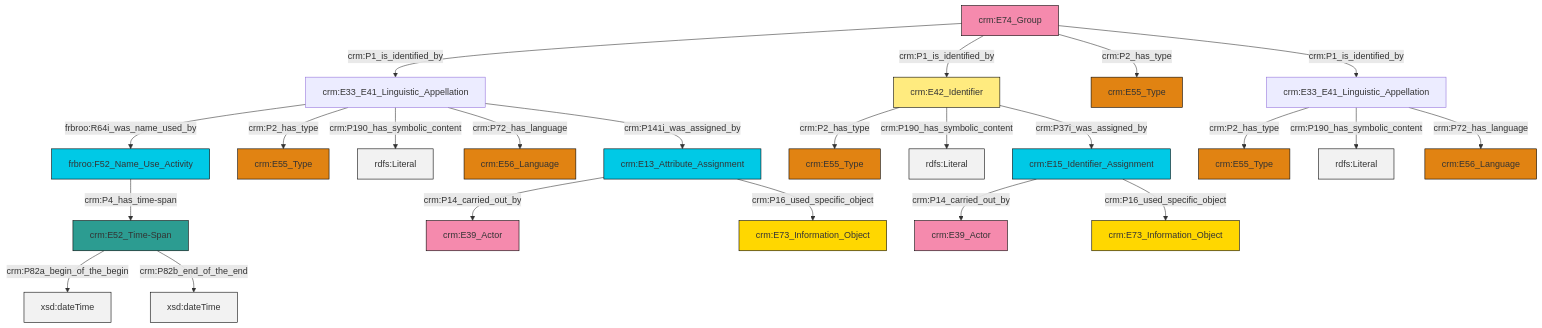
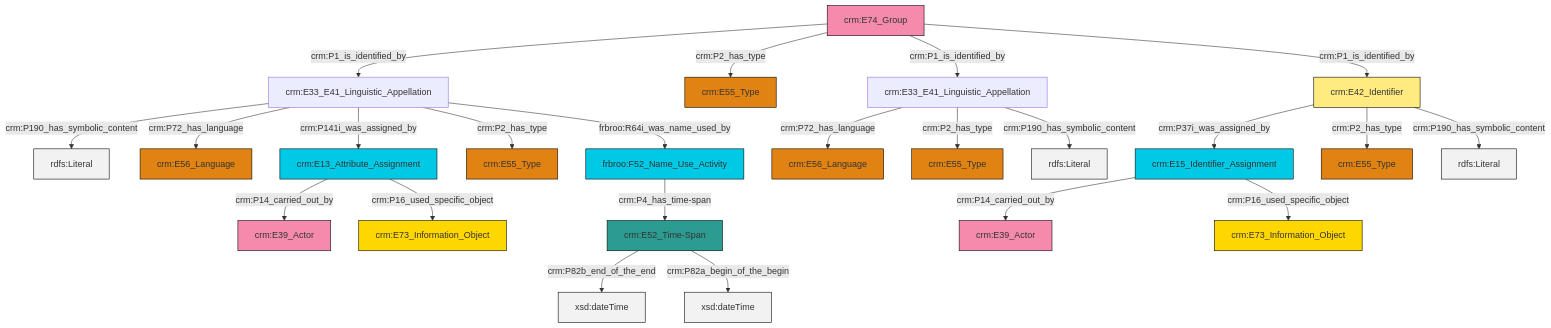
One commit to swiss-art-research-net/docs.swissartresearch changed the diagram in et/groupCSV/ttl/mmd/group_name.ttl.mmd. Above: the diagram before and after it, drawn with Mermaid. The commit also changed 174 other files, not shown here.

```diff
--- a/et/groupCSV/ttl/mmd/group_name.ttl.mmd
+++ b/et/groupCSV/ttl/mmd/group_name.ttl.mmd
@@ -1,37 +1,37 @@
 graph TD
 classDef Literal fill:#f2f2f2,stroke:#000000;
 classDef CRM_Entity fill:#FFFFFF,stroke:#000000;
 classDef Temporal_Entity fill:#00C9E6, stroke:#000000;
 classDef Type fill:#E18312, stroke:#000000;
 classDef Time-Span fill:#2C9C91, stroke:#000000;
 classDef Appellation fill:#FFEB7F, stroke:#000000;
 classDef Place fill:#008836, stroke:#000000;
 classDef Persistent_Item fill:#B266B2, stroke:#000000;
 classDef Conceptual_Object fill:#FFD700, stroke:#000000;
 classDef Physical_Thing fill:#D2B48C, stroke:#000000;
 classDef Actor fill:#f58aad, stroke:#000000;
 classDef PC_Classes fill:#4ce600, stroke:#000000;
 classDef Multi fill:#cccccc,stroke:#000000;
 
-4["crm:E74_Group"]:::Actor -->|crm:P1_is_identified_by| 5["crm:E33_E41_Linguistic_Appellation"]:::Default
-8["crm:E13_Attribute_Assignment"]:::Temporal_Entity -->|crm:P14_carried_out_by| 9["crm:E39_Actor"]:::Actor
-10["crm:E42_Identifier"]:::Appellation -->|crm:P2_has_type| 11["crm:E55_Type"]:::Type
-10["crm:E42_Identifier"]:::Appellation -->|crm:P190_has_symbolic_content| 12[rdfs:Literal]:::Literal
-2["crm:E33_E41_Linguistic_Appellation"]:::Default -->|crm:P2_has_type| 13["crm:E55_Type"]:::Type
-4["crm:E74_Group"]:::Actor -->|crm:P1_is_identified_by| 10["crm:E42_Identifier"]:::Appellation
-5["crm:E33_E41_Linguistic_Appellation"]:::Default -->|frbroo:R64i_was_name_used_by| 6["frbroo:F52_Name_Use_Activity"]:::Temporal_Entity
-5["crm:E33_E41_Linguistic_Appellation"]:::Default -->|crm:P2_has_type| 19["crm:E55_Type"]:::Type
-2["crm:E33_E41_Linguistic_Appellation"]:::Default -->|crm:P190_has_symbolic_content| 20[rdfs:Literal]:::Literal
-5["crm:E33_E41_Linguistic_Appellation"]:::Default -->|crm:P190_has_symbolic_content| 23[rdfs:Literal]:::Literal
-24["crm:E52_Time-Span"]:::Time-Span -->|crm:P82a_begin_of_the_begin| 25[xsd:dateTime]:::Literal
-8["crm:E13_Attribute_Assignment"]:::Temporal_Entity -->|crm:P16_used_specific_object| 29["crm:E73_Information_Object"]:::Conceptual_Object
-33["crm:E15_Identifier_Assignment"]:::Temporal_Entity -->|crm:P14_carried_out_by| 34["crm:E39_Actor"]:::Actor
-5["crm:E33_E41_Linguistic_Appellation"]:::Default -->|crm:P72_has_language| 27["crm:E56_Language"]:::Type
-4["crm:E74_Group"]:::Actor -->|crm:P2_has_type| 21["crm:E55_Type"]:::Type
-2["crm:E33_E41_Linguistic_Appellation"]:::Default -->|crm:P72_has_language| 30["crm:E56_Language"]:::Type
-24["crm:E52_Time-Span"]:::Time-Span -->|crm:P82b_end_of_the_end| 36[xsd:dateTime]:::Literal
-6["frbroo:F52_Name_Use_Activity"]:::Temporal_Entity -->|crm:P4_has_time-span| 24["crm:E52_Time-Span"]:::Time-Span
-10["crm:E42_Identifier"]:::Appellation -->|crm:P37i_was_assigned_by| 33["crm:E15_Identifier_Assignment"]:::Temporal_Entity
-5["crm:E33_E41_Linguistic_Appellation"]:::Default -->|crm:P141i_was_assigned_by| 8["crm:E13_Attribute_Assignment"]:::Temporal_Entity
-4["crm:E74_Group"]:::Actor -->|crm:P1_is_identified_by| 2["crm:E33_E41_Linguistic_Appellation"]:::Default
-33["crm:E15_Identifier_Assignment"]:::Temporal_Entity -->|crm:P16_used_specific_object| 0["crm:E73_Information_Object"]:::Conceptual_Object
+2["crm:E52_Time-Span"]:::Time-Span -->|crm:P82b_end_of_the_end| 3[xsd:dateTime]:::Literal
+6["crm:E33_E41_Linguistic_Appellation"]:::Default -->|crm:P190_has_symbolic_content| 7[rdfs:Literal]:::Literal
+8["crm:E74_Group"]:::Actor -->|crm:P1_is_identified_by| 6["crm:E33_E41_Linguistic_Appellation"]:::Default
+6["crm:E33_E41_Linguistic_Appellation"]:::Default -->|crm:P72_has_language| 9["crm:E56_Language"]:::Type
+8["crm:E74_Group"]:::Actor -->|crm:P2_has_type| 0["crm:E55_Type"]:::Type
+14["frbroo:F52_Name_Use_Activity"]:::Temporal_Entity -->|crm:P4_has_time-span| 2["crm:E52_Time-Span"]:::Time-Span
+15["crm:E42_Identifier"]:::Appellation -->|crm:P37i_was_assigned_by| 17["crm:E15_Identifier_Assignment"]:::Temporal_Entity
+15["crm:E42_Identifier"]:::Appellation -->|crm:P2_has_type| 21["crm:E55_Type"]:::Type
+6["crm:E33_E41_Linguistic_Appellation"]:::Default -->|crm:P141i_was_assigned_by| 4["crm:E13_Attribute_Assignment"]:::Temporal_Entity
+4["crm:E13_Attribute_Assignment"]:::Temporal_Entity -->|crm:P14_carried_out_by| 23["crm:E39_Actor"]:::Actor
+8["crm:E74_Group"]:::Actor -->|crm:P1_is_identified_by| 28["crm:E33_E41_Linguistic_Appellation"]:::Default
+6["crm:E33_E41_Linguistic_Appellation"]:::Default -->|crm:P2_has_type| 18["crm:E55_Type"]:::Type
+17["crm:E15_Identifier_Assignment"]:::Temporal_Entity -->|crm:P14_carried_out_by| 24["crm:E39_Actor"]:::Actor
+15["crm:E42_Identifier"]:::Appellation -->|crm:P190_has_symbolic_content| 33[rdfs:Literal]:::Literal
+8["crm:E74_Group"]:::Actor -->|crm:P1_is_identified_by| 15["crm:E42_Identifier"]:::Appellation
+28["crm:E33_E41_Linguistic_Appellation"]:::Default -->|crm:P72_has_language| 29["crm:E56_Language"]:::Type
+4["crm:E13_Attribute_Assignment"]:::Temporal_Entity -->|crm:P16_used_specific_object| 12["crm:E73_Information_Object"]:::Conceptual_Object
+6["crm:E33_E41_Linguistic_Appellation"]:::Default -->|frbroo:R64i_was_name_used_by| 14["frbroo:F52_Name_Use_Activity"]:::Temporal_Entity
+28["crm:E33_E41_Linguistic_Appellation"]:::Default -->|crm:P2_has_type| 10["crm:E55_Type"]:::Type
+2["crm:E52_Time-Span"]:::Time-Span -->|crm:P82a_begin_of_the_begin| 38[xsd:dateTime]:::Literal
+17["crm:E15_Identifier_Assignment"]:::Temporal_Entity -->|crm:P16_used_specific_object| 36["crm:E73_Information_Object"]:::Conceptual_Object
+28["crm:E33_E41_Linguistic_Appellation"]:::Default -->|crm:P190_has_symbolic_content| 40[rdfs:Literal]:::Literal
```
